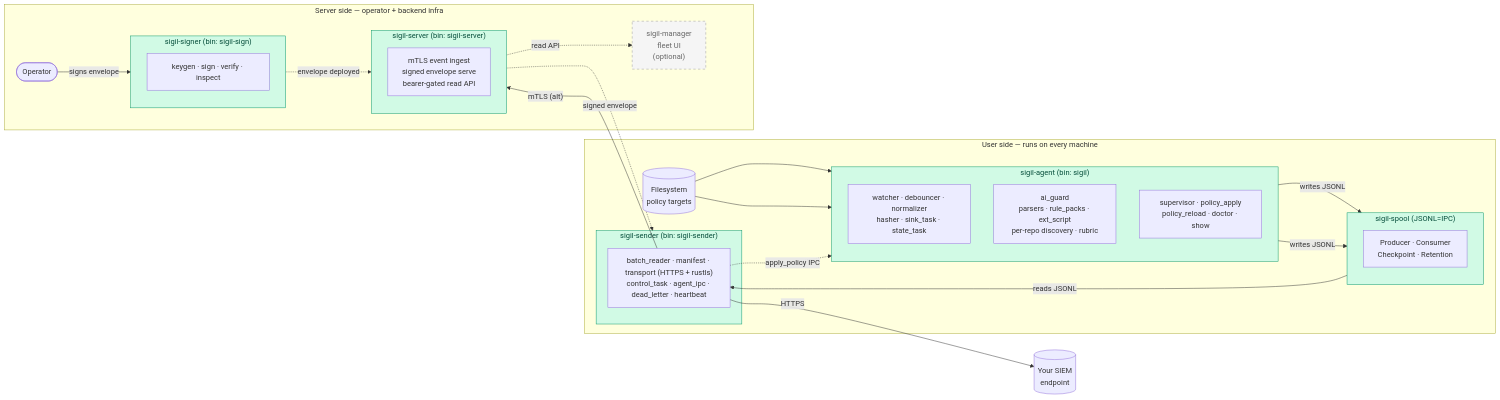
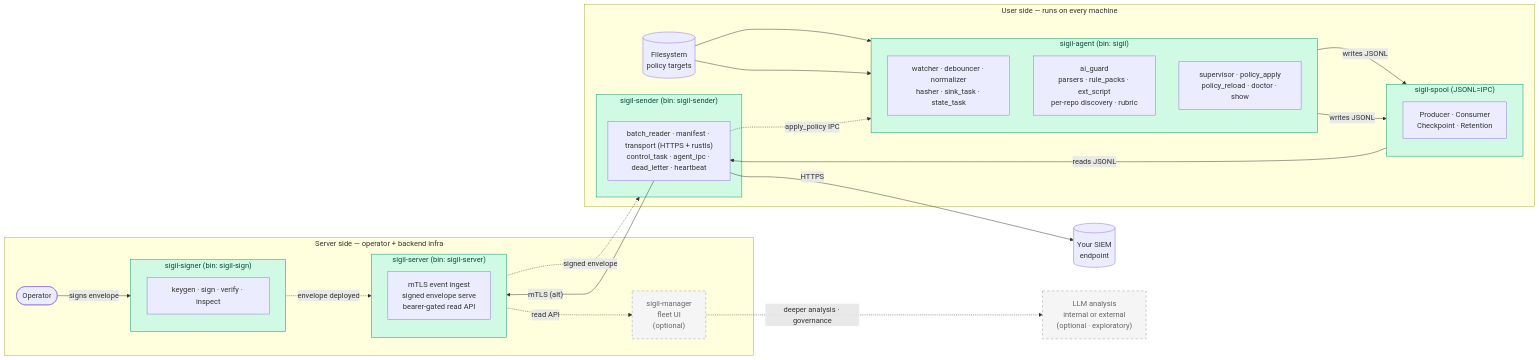
One commit to Ju571nK/sigil changed the diagram in README.md. Above: the diagram before and after it, drawn with Mermaid. The commit also changed other lines of this file, not shown here.

Commit message:
docs(readme): add optional LLM analysis node + Discussions Q&A pointer
Diagram: add an optional/exploratory "LLM analysis (internal or external)" node
downstream of sigil-manager (deeper analysis · governance), styled with the
same dashed `optional` class as sigil-manager — not confirmed, future-facing.

Contributing: point questions/ideas at GitHub Discussions (Q&A) instead of
issues.

````diff
--- a/README.md
+++ b/README.md
@@ -203,67 +203,71 @@
 ```mermaid
 flowchart LR
     %% ============ CLIENT — the developer's machine ============
     subgraph host["User side — runs on every machine"]
         FS[("Filesystem<br/>policy targets")]
 
         subgraph agent["sigil-agent (bin: sigil)"]
             direction TB
             a_pipe["watcher · debouncer · normalizer<br/>hasher · sink_task · state_task"]
             a_aiguard["ai_guard<br/>parsers · rule_packs · ext_script<br/>per-repo discovery · rubric"]
             a_ctrl["supervisor · policy_apply<br/>policy_reload · doctor · show"]
         end
 
         subgraph spool["sigil-spool (JSONL=IPC)"]
             spoolmods["Producer · Consumer<br/>Checkpoint · Retention"]
         end
 
         subgraph sender["sigil-sender (bin: sigil-sender)"]
             s_pipe["batch_reader · manifest · transport (HTTPS + rustls)<br/>control_task · agent_ipc · dead_letter · heartbeat"]
         end
     end
 
     %% ============ SERVER SIDE — operator + backend infra ============
     subgraph backend["Server side — operator + backend infra"]
         operator(["Operator"])
 
         subgraph signer["sigil-signer (bin: sigil-sign)"]
             signermods["keygen · sign · verify · inspect"]
         end
 
         subgraph server["sigil-server (bin: sigil-server)"]
             servermods["mTLS event ingest<br/>signed envelope serve<br/>bearer-gated read API"]
         end
 
         manager["sigil-manager<br/>fleet UI<br/>(optional)"]:::optional
     end
 
     %% External sink — your existing system (not part of Sigil)
     SIEM[("Your SIEM<br/>endpoint")]
 
+    %% Optional, exploratory — an internal or external LLM for deeper analysis
+    llm["LLM analysis<br/>internal or external<br/>(optional · exploratory)"]:::optional
+
     %% Data plane
     FS --> a_pipe
     FS --> a_aiguard
     a_pipe -- "writes JSONL" --> spool
     a_aiguard -- "writes JSONL" --> spool
     spool -- "reads JSONL" --> s_pipe
     s_pipe -- "HTTPS" --> SIEM
     s_pipe -- "mTLS (alt)" --> server
 
     %% Control plane
     s_pipe -. "apply_policy IPC" .-> a_ctrl
     operator -- "signs envelope" --> signer
     signer -. "envelope deployed" .-> server
     server -. "signed envelope" .-> sender
 
-    %% Optional consumer
+    %% Optional consumers
     server -. "read API" .-> manager
+    manager -. "deeper analysis · governance" .-> llm
 
     classDef optional stroke-dasharray: 5 5,fill:#f5f5f5,stroke:#999,color:#666
 
     %% Components (crates) in green so they stand out from the location boxes
     style agent  fill:#d1fae5,stroke:#059669,color:#064e3b
     style spool  fill:#d1fae5,stroke:#059669,color:#064e3b
     style sender fill:#d1fae5,stroke:#059669,color:#064e3b
     style signer fill:#d1fae5,stroke:#059669,color:#064e3b
     style server fill:#d1fae5,stroke:#059669,color:#064e3b
 ```
````
